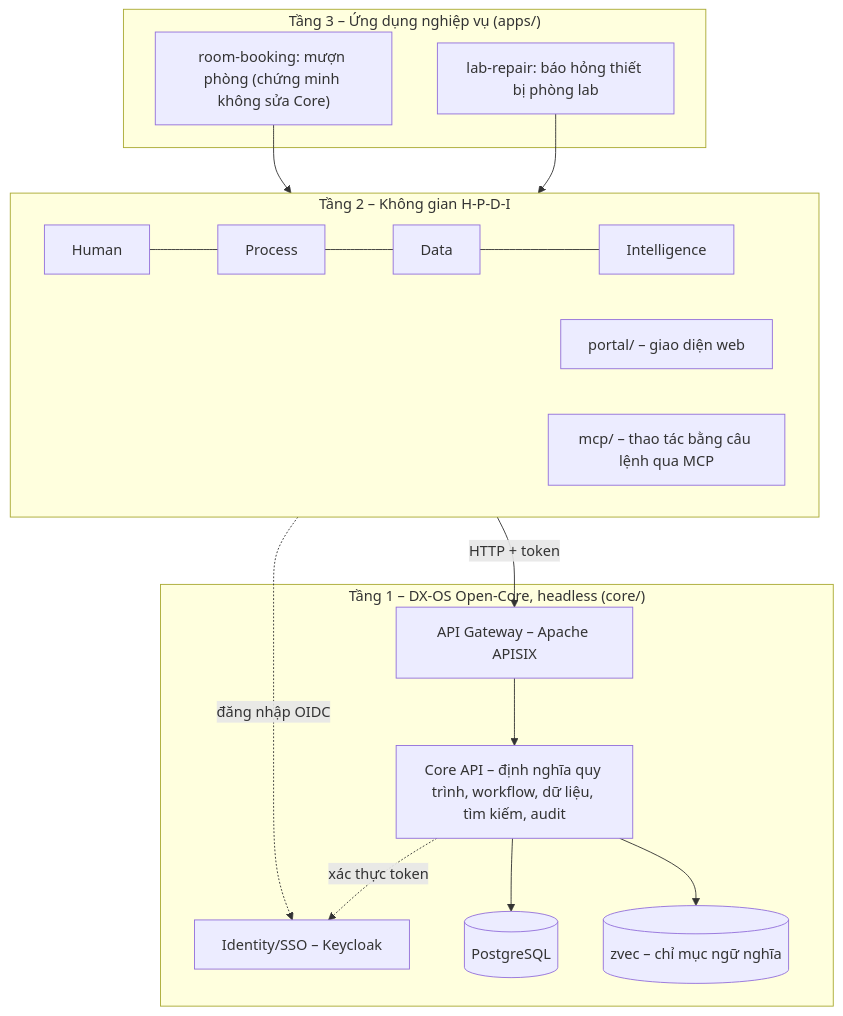
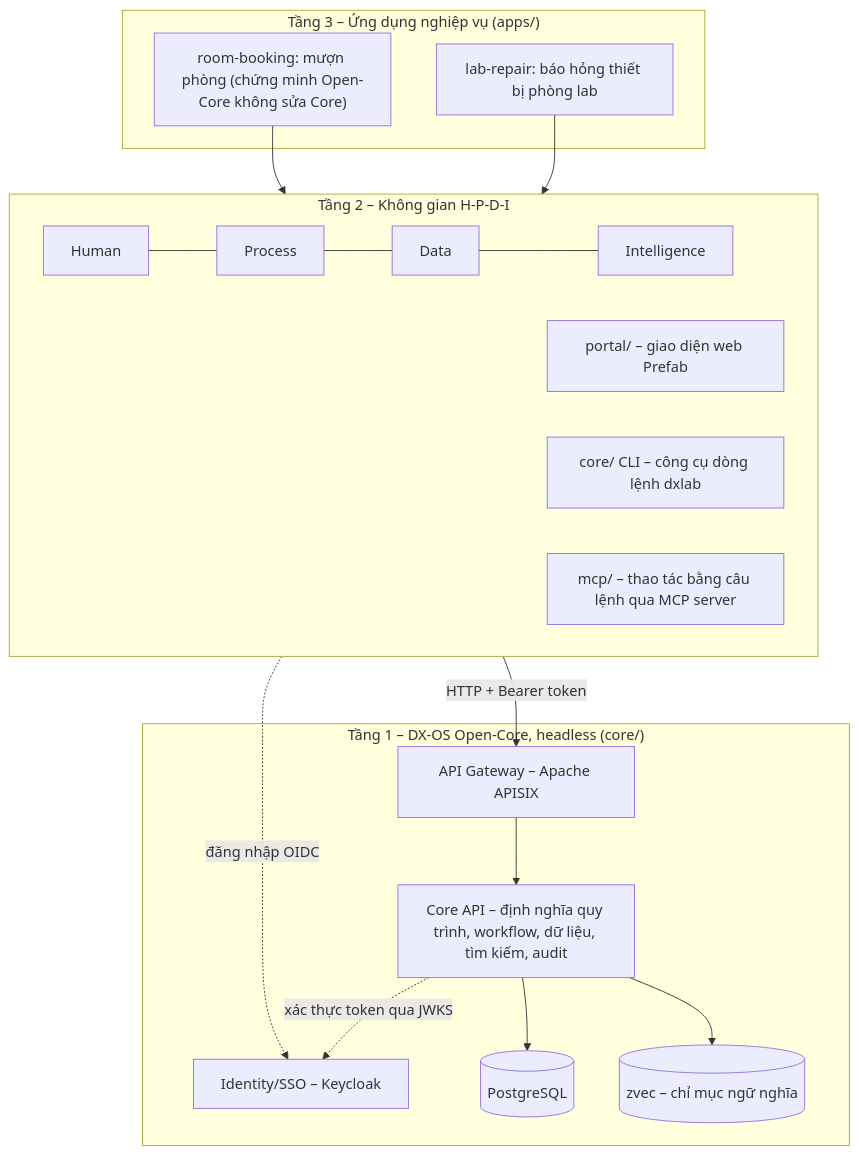
Before and after one commit to HaUI-NPC/dx-lab: the diagram in README.md, drawn with Mermaid. The commit also changed other lines of this file, not shown here.

````diff
--- a/README.md
+++ b/README.md
@@ -34,27 +54,28 @@
 ```mermaid
 flowchart TB
   subgraph T3["Tầng 3 – Ứng dụng nghiệp vụ (apps/)"]
     APP["lab-repair: báo hỏng thiết bị phòng lab"]
-    APP2["room-booking: mượn phòng (chứng minh không sửa Core)"]
+    APP2["room-booking: mượn phòng (chứng minh Open-Core không sửa Core)"]
   end
   subgraph T2["Tầng 2 – Không gian H-P-D-I"]
     H["Human"] --- P["Process"] --- D["Data"] --- I["Intelligence"]
-    POR["portal/ – giao diện web"]
-    MCP["mcp/ – thao tác bằng câu lệnh qua MCP"]
+    POR["portal/ – giao diện web Prefab"]
+    CLI["core/ CLI – công cụ dòng lệnh dxlab"]
+    MCP["mcp/ – thao tác bằng câu lệnh qua MCP server"]
   end
   subgraph T1["Tầng 1 – DX-OS Open-Core, headless (core/)"]
     GW["API Gateway – Apache APISIX"]
     IDP["Identity/SSO – Keycloak"]
     CORE["Core API – định nghĩa quy trình, workflow, dữ liệu, tìm kiếm, audit"]
     DB[("PostgreSQL")]
     VEC[("zvec – chỉ mục ngữ nghĩa")]
   end
   APP --> T2
   APP2 --> T2
-  T2 -->|HTTP + token| GW
+  T2 -->|HTTP + Bearer token| GW
   T2 -. đăng nhập OIDC .-> IDP
   GW --> CORE
-  CORE -. xác thực token .-> IDP
+  CORE -. xác thực token qua JWKS .-> IDP
   CORE --> DB
   CORE --> VEC
 ```
````
